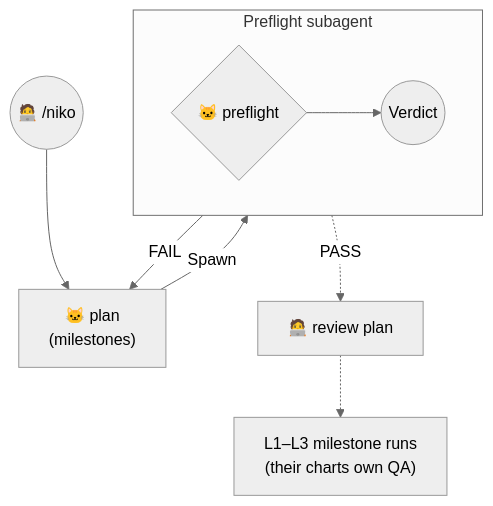
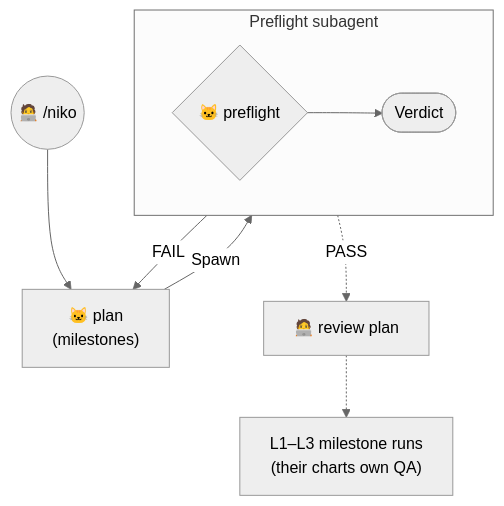
Before and after one commit to Texarkanine/.cursor-rules: the seventh of 7 diagrams in memory-bank/active/creative/creative-verification-diagrams-review.md, drawn with Mermaid (neutral theme). The commit also changed other lines of this file, not shown here.

Commit message:
chore: Verdict uses stadium shape, not start circle

````diff
--- a/memory-bank/active/creative/creative-verification-diagrams-review.md
+++ b/memory-bank/active/creative/creative-verification-diagrams-review.md
@@ -221,12 +221,12 @@
 ```mermaid
 graph TD
 	Start(("🧑‍💻 /niko")) --> NikoPlan["🐱 plan<br>(milestones)"]
 	NikoPlan --Spawn--> PF
 	subgraph PFSA["Preflight subagent"]
 		direction LR
-		PF{"🐱 preflight"} --> PFV(("Verdict"))
+		PF{"🐱 preflight"} --> PFV(["Verdict"])
 	end
 	PFV -->|"FAIL"| NikoPlan
 	PFV -.->|"PASS"| ManualReview["🧑‍💻 review plan"]
 	ManualReview -.-> Sub["L1–L3 milestone runs<br>(their charts own QA)"]
 ```
````
